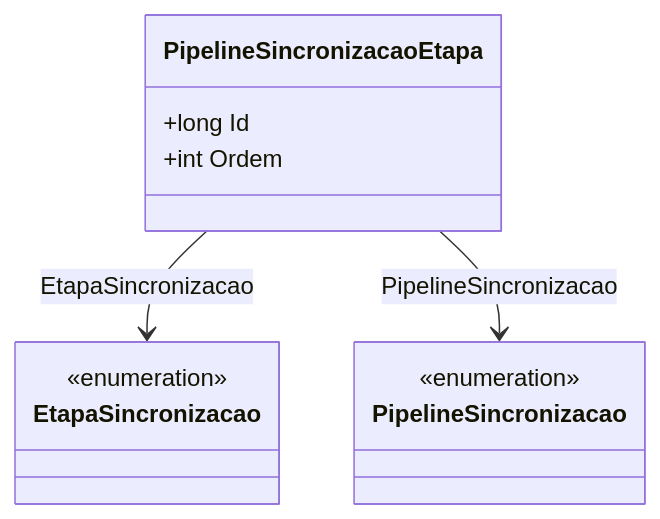
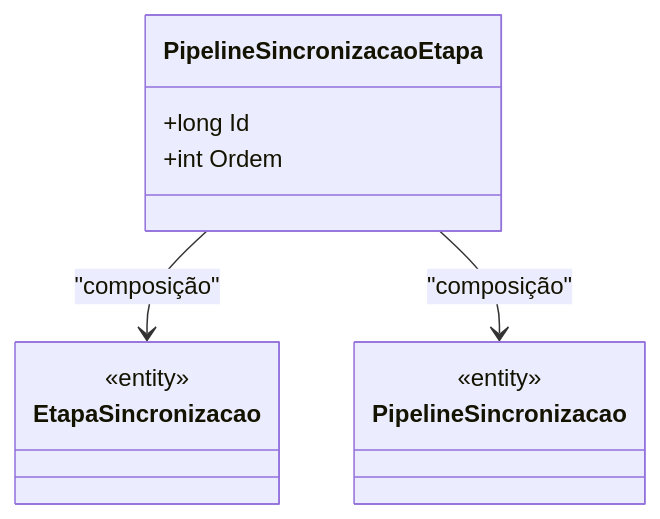
One commit to IsthmusSistemas/documentacao-tecnica changed the diagram in docs/b2b-dominio/IsthmusWinthor.Nucleo/IsthmusWinthor.Dominio/Entidades/PipelineSincronizacaoEtapa.md. Above: the diagram before and after it, drawn with Mermaid. The commit also changed other lines of this file and 882 other files, not shown here.

````diff
--- a/docs/b2b-dominio/IsthmusWinthor.Nucleo/IsthmusWinthor.Dominio/Entidades/PipelineSincronizacaoEtapa.md
+++ b/docs/b2b-dominio/IsthmusWinthor.Nucleo/IsthmusWinthor.Dominio/Entidades/PipelineSincronizacaoEtapa.md
@@ -22,18 +22,18 @@
 ```mermaid
 classDiagram
     class PipelineSincronizacaoEtapa {
         +long Id
         +int Ordem
     }
 
     class EtapaSincronizacao {
-        <<enumeration>>
+        <<entity>>
     }
 
     class PipelineSincronizacao {
-        <<enumeration>>
+        <<entity>>
     }
 
-    PipelineSincronizacaoEtapa --> EtapaSincronizacao : EtapaSincronizacao
-    PipelineSincronizacaoEtapa --> PipelineSincronizacao : PipelineSincronizacao
+    PipelineSincronizacaoEtapa --> EtapaSincronizacao : "composição"
+    PipelineSincronizacaoEtapa --> PipelineSincronizacao : "composição"
 ```
````
